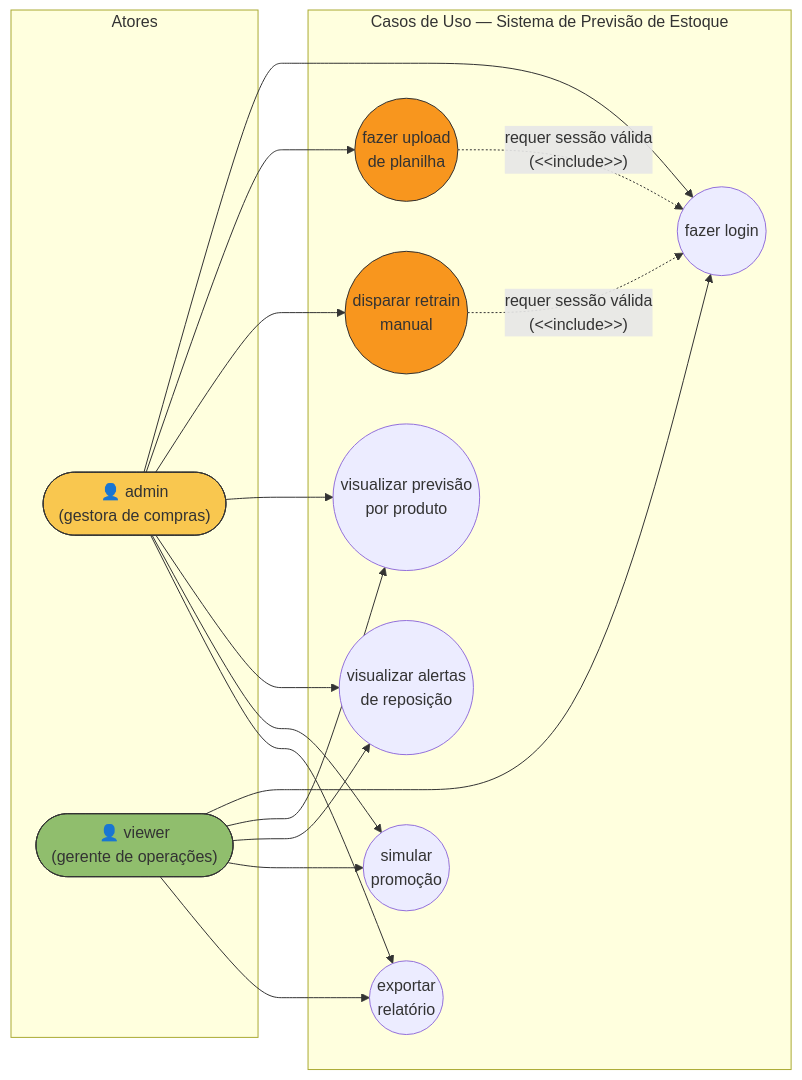
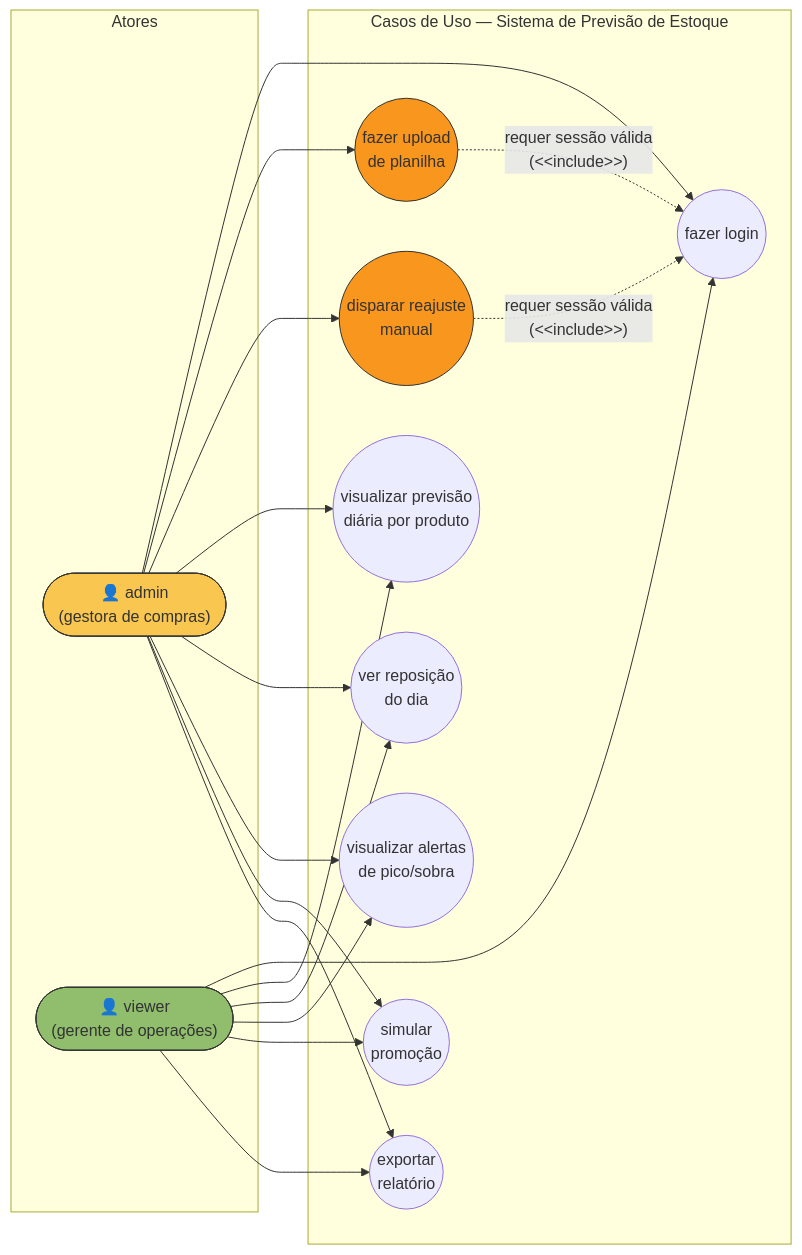
One commit to FelipeGA02/TCC---Inventory-Forecasting changed the diagram in docs/uml/use_cases.md. Above: the diagram before and after it, drawn with Mermaid. The commit also changed other lines of this file and 25 other files, not shown here.

Commit message:
fix: Previsão diária ao invés de mensal

````diff
--- a/docs/uml/use_cases.md
+++ b/docs/uml/use_cases.md
@@ -23,40 +23,43 @@
 ```mermaid
 graph LR
     subgraph Atores
         admin(["👤 admin<br/>(gestora de compras)"])
         viewer(["👤 viewer<br/>(gerente de operações)"])
     end
 
     subgraph "Casos de Uso — Sistema de Previsão de Estoque"
         UC0((fazer login))
         UC1((fazer upload<br/>de planilha))
-        UC2((disparar retrain<br/>manual))
-        UC3((visualizar previsão<br/>por produto))
-        UC4((visualizar alertas<br/>de reposição))
+        UC2((disparar reajuste<br/>manual))
+        UC3((visualizar previsão<br/>diária por produto))
+        UC3b((ver reposição<br/>do dia))
+        UC4((visualizar alertas<br/>de pico/sobra))
         UC5((simular<br/>promoção))
         UC6((exportar<br/>relatório))
     end
 
     admin --> UC0
     viewer --> UC0
 
     admin --> UC1
     admin --> UC2
     admin --> UC3
+    admin --> UC3b
     admin --> UC4
     admin --> UC5
     admin --> UC6
 
     viewer --> UC3
+    viewer --> UC3b
     viewer --> UC4
     viewer --> UC5
     viewer --> UC6
 
     UC1 -. "requer sessão válida<br/>(&lt;&lt;include&gt;&gt;)" .-> UC0
     UC2 -. "requer sessão válida<br/>(&lt;&lt;include&gt;&gt;)" .-> UC0
 
     style admin fill:#f9c74f,stroke:#333
     style viewer fill:#90be6d,stroke:#333
     style UC1 fill:#f8961e,stroke:#333
     style UC2 fill:#f8961e,stroke:#333
 ```
````
